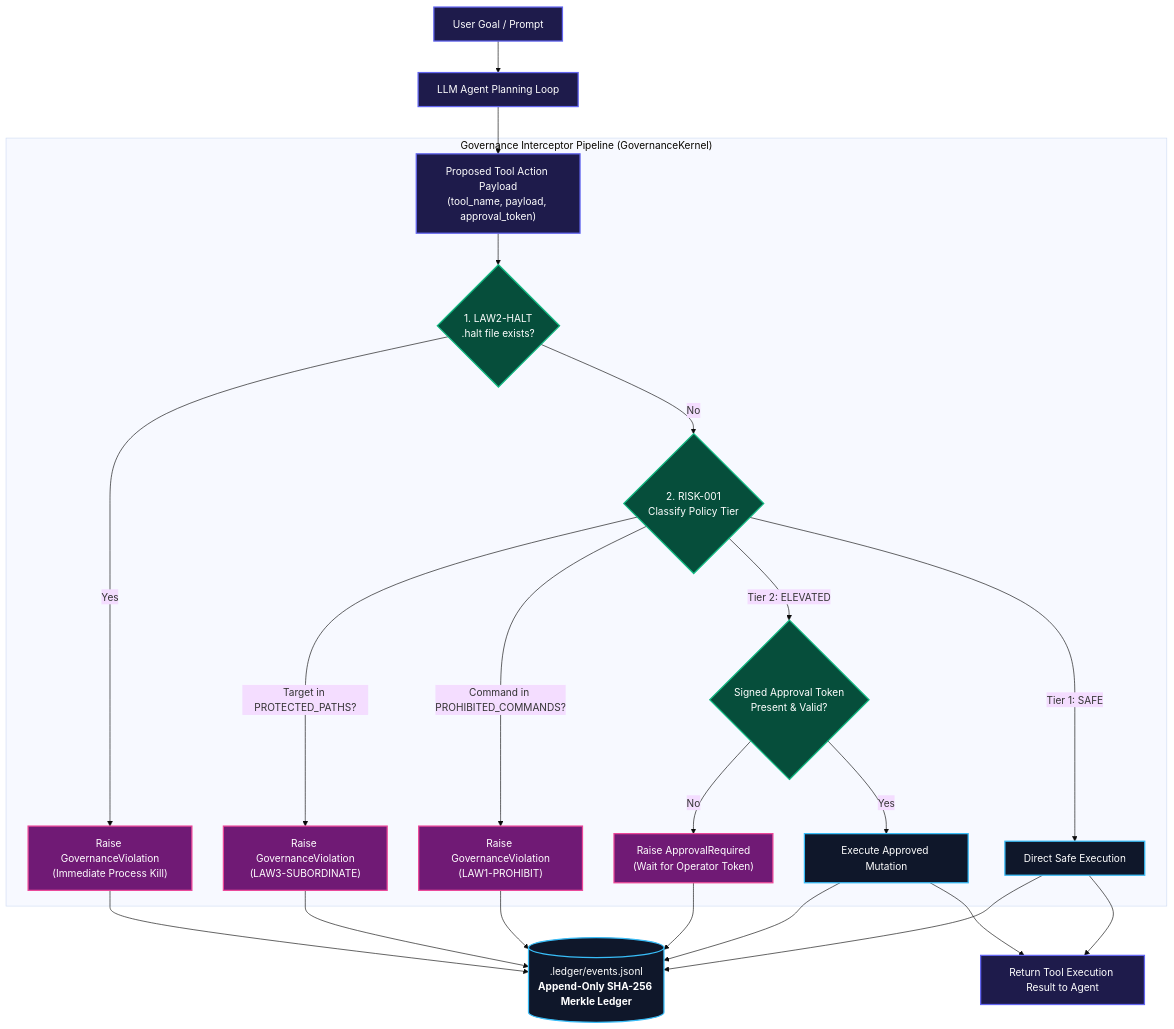
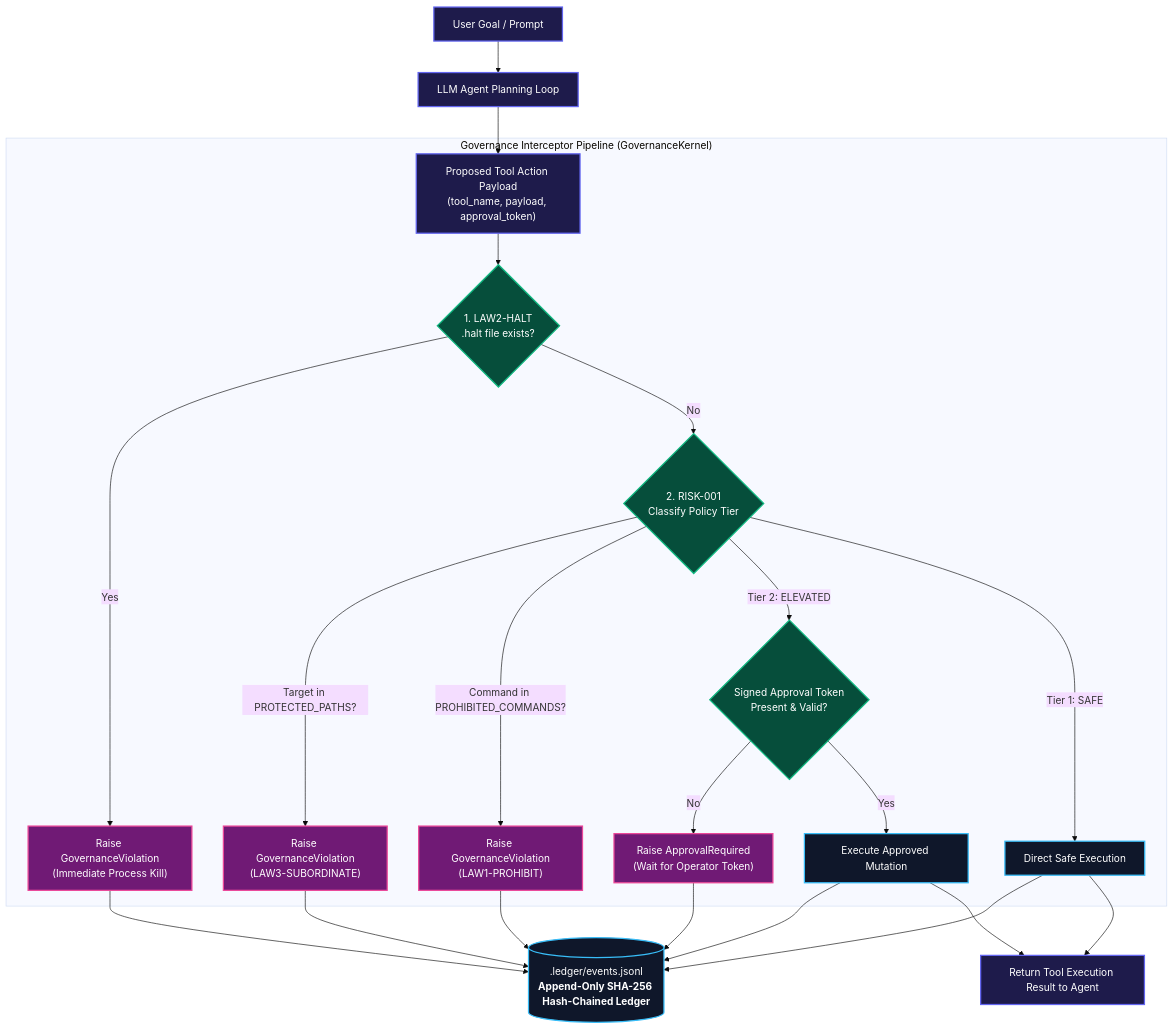
The first of 2 diagrams in DEVELOPER_GUIDE.md (kirklasalle/AutonomousGovernanceLaws), drawn with Mermaid (base theme) before and after one commit. The commit also changed other lines of this file and 15 other files, not shown here.

````diff
--- a/DEVELOPER_GUIDE.md
+++ b/DEVELOPER_GUIDE.md
@@ -16,35 +16,35 @@
 ```mermaid
 graph TD
     classDef client fill:#1e1b4b,stroke:#6366f1,stroke-width:2px,color:#fff;
     classDef gate fill:#064e3b,stroke:#10b981,stroke-width:2px,color:#fff;
     classDef decision fill:#701a75,stroke:#ec4899,stroke-width:2px,color:#fff;
     classDef exec fill:#0f172a,stroke:#38bdf8,stroke-width:2px,color:#fff;
 
     GOAL["User Goal / Prompt"]:::client --> LLM["LLM Agent Planning Loop"]:::client
     LLM --> ACTION["Proposed Tool Action Payload<br/>(tool_name, payload, approval_token)"]:::client
 
     subgraph Interceptor_Pipeline["Governance Interceptor Pipeline (GovernanceKernel)"]
         ACTION --> HCHECK{"1. LAW2-HALT<br/>.halt file exists?"}:::gate
         HCHECK -- Yes --> HALT_DROP["Raise GovernanceViolation<br/>(Immediate Process Kill)"]:::decision
         HCHECK -- No --> RCHECK{"2. RISK-001<br/>Classify Policy Tier"}:::gate
 
         RCHECK -->|Target in PROTECTED_PATHS?| LAW3_DROP["Raise GovernanceViolation<br/>(LAW3-SUBORDINATE)"]:::decision
         RCHECK -->|Command in PROHIBITED_COMMANDS?| LAW1_DROP["Raise GovernanceViolation<br/>(LAW1-PROHIBIT)"]:::decision
 
         RCHECK -->|Tier 2: ELEVATED| TOKCHECK{"Signed Approval Token<br/>Present & Valid?"}:::gate
         TOKCHECK -- No --> APP_REQ["Raise ApprovalRequired<br/>(Wait for Operator Token)"]:::decision
         TOKCHECK -- Yes --> EXEC_T2["Execute Approved Mutation"]:::exec
 
         RCHECK -->|Tier 1: SAFE| EXEC_T1["Direct Safe Execution"]:::exec
     end
 
-    EXEC_T1 --> LEDGER[(".ledger/events.jsonl<br/><b>Append-Only SHA-256 Merkle Ledger</b>")]:::exec
+    EXEC_T1 --> LEDGER[(".ledger/events.jsonl<br/><b>Append-Only SHA-256 Hash-Chained Ledger</b>")]:::exec
     EXEC_T2 --> LEDGER
     HALT_DROP --> LEDGER
     LAW1_DROP --> LEDGER
     LAW3_DROP --> LEDGER
     APP_REQ --> LEDGER
 
     EXEC_T1 --> RETURN["Return Tool Execution Result to Agent"]:::client
     EXEC_T2 --> RETURN
 ```
````
